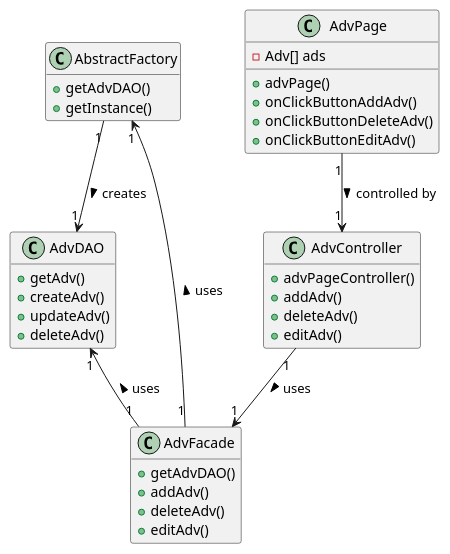
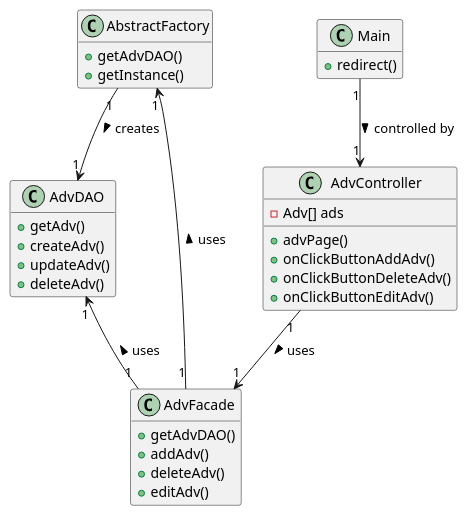
The diagram in doc/reports/final/ad/ad_classDiagram.plantuml (iusildra/WineCellar), drawn with PlantUML before and after one commit.

Commit message:
adding redirect to main in ClassDiagram

```diff
--- a/doc/reports/final/ad/ad_classDiagram.plantuml
+++ b/doc/reports/final/ad/ad_classDiagram.plantuml
@@ -1,49 +1,46 @@
 @startuml
 
 hide empty members
 
-class "AdvPage" as UI {
+class "Main" as UI {
+    +redirect()
+}
+
+class "AdvController" as Controller {
     -Adv[] ads
     +advPage()
     +onClickButtonAddAdv()
     +onClickButtonDeleteAdv()
     +onClickButtonEditAdv()
-}
-
-class "AdvController" as Controller {
-    +advPageController()
-    +addAdv()
-    +deleteAdv()
-    +editAdv()
 }
 
 class "AdvFacade" as Facade {
     +getAdvDAO()
     +addAdv()
     +deleteAdv()
     +editAdv()
 }
 
 class "AdvDAO" as DAO {
 
     +getAdv()
     +createAdv()
     +updateAdv()
     +deleteAdv()
 
 }
 
 class AbstractFactory {
     +getAdvDAO()
     +getInstance()
 }
 
 UI       "1" -->  "1" Controller: > controlled by
 Controller "1" -->  "1" Facade: > uses
 Facade     "1" -u-> "1" AbstractFactory: > uses
 AbstractFactory    "1" -->  "1" DAO: > creates
 Facade     "1" -u-> "1" DAO: > uses
 
 
 
 @enduml
```
